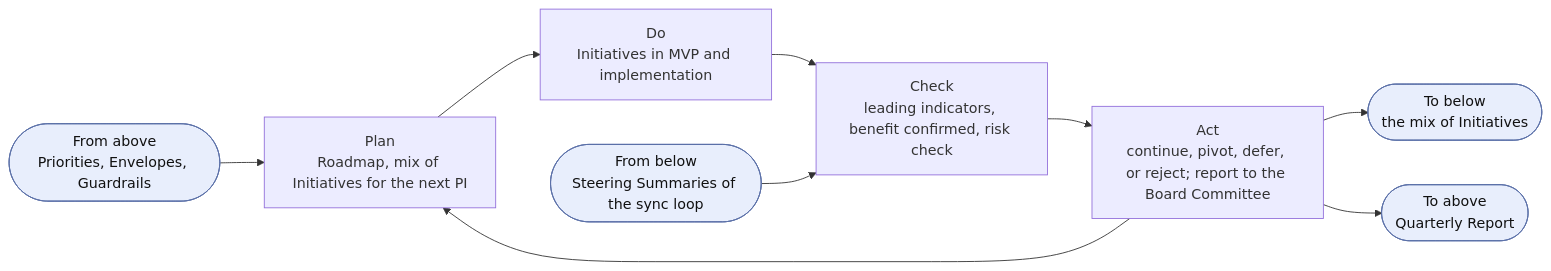
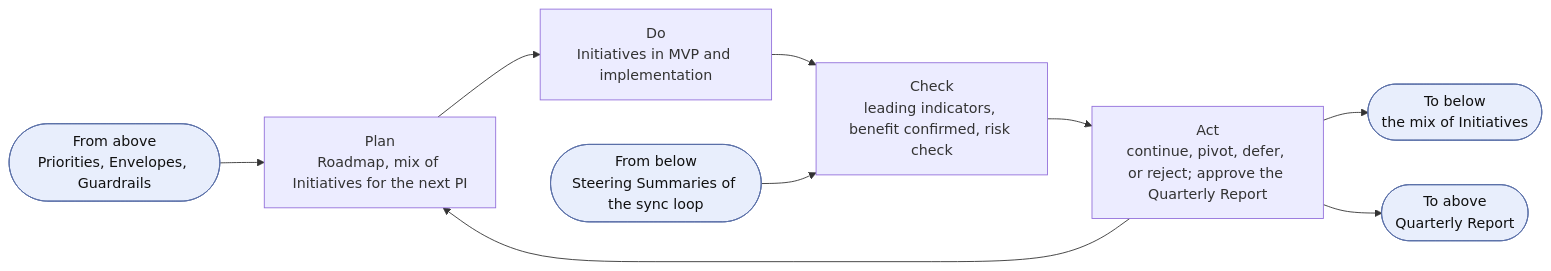
The second of 8 diagrams in charter/en/documents/portfolio-management-model.md (devhogu/ob-aicc), drawn with Mermaid before and after one commit. The commit also changed other lines of this file and 150 other files, not shown here.

````diff
--- a/charter/en/documents/portfolio-management-model.md
+++ b/charter/en/documents/portfolio-management-model.md
@@ -75,9 +75,9 @@
 ```mermaid
 flowchart LR
   IN(["From above<br/>Priorities, Envelopes, Guardrails"]):::iface --> P
-  P["Plan<br/>Roadmap, mix of Initiatives for the next PI"] --> D["Do<br/>Initiatives in MVP and implementation"] --> C["Check<br/>leading indicators, benefit confirmed, risk check"] --> A["Act<br/>continue, pivot, defer, or reject; report to the Board Committee"] --> P
+  P["Plan<br/>Roadmap, mix of Initiatives for the next PI"] --> D["Do<br/>Initiatives in MVP and implementation"] --> C["Check<br/>leading indicators, benefit confirmed, risk check"] --> A["Act<br/>continue, pivot, defer, or reject; approve the Quarterly Report"] --> P
   EV(["From below<br/>Steering Summaries of the sync loop"]):::iface --> C
   A --> OUT(["To below<br/>the mix of Initiatives"]):::iface
   A --> UP(["To above<br/>Quarterly Report"]):::iface
   classDef iface fill:#e8eefc,stroke:#5a6fa8,color:#111
 ```
````
